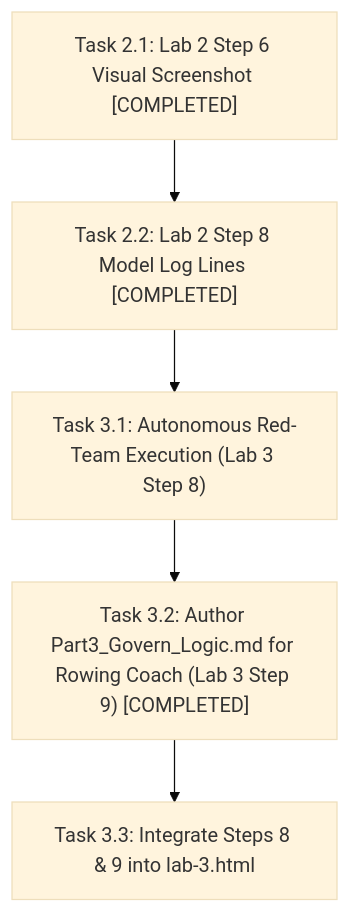
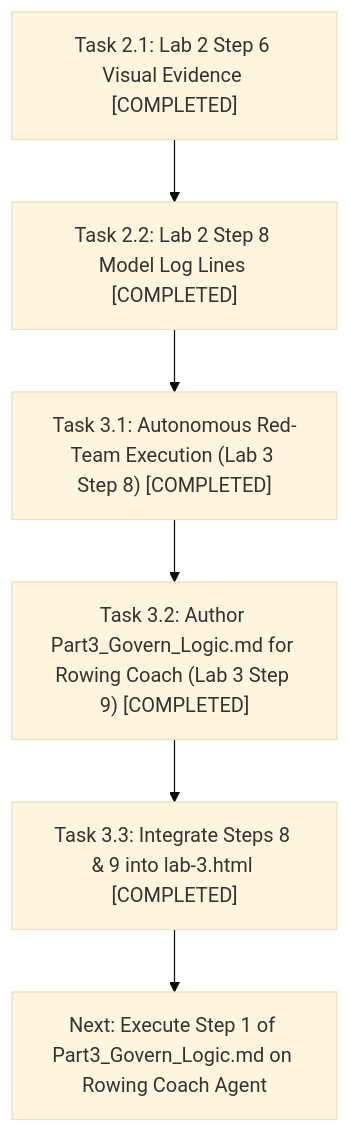
Before and after one commit to duncmon/ai-devcamp-labs: the diagram in PROGRESS.md, drawn with Mermaid (base theme). The commit also changed other lines of this file and 1 other file, not shown here.

Commit message:
docs(lab3): integrate Step 8 Red-Team scoresheet and Step 9 custom governance into lab-3.html and update PROGRESS.md to 100%

````diff
--- a/PROGRESS.md
+++ b/PROGRESS.md
@@ -160,7 +160,8 @@
 ```mermaid
 flowchart TD
-    T1["Task 2.1: Lab 2 Step 6 Visual Screenshot [COMPLETED]"] --> T2["Task 2.2: Lab 2 Step 8 Model Log Lines [COMPLETED]"]
-    T2 --> T3["Task 3.1: Autonomous Red-Team Execution (Lab 3 Step 8)"]
+    T1["Task 2.1: Lab 2 Step 6 Visual Evidence [COMPLETED]"] --> T2["Task 2.2: Lab 2 Step 8 Model Log Lines [COMPLETED]"]
+    T2 --> T3["Task 3.1: Autonomous Red-Team Execution (Lab 3 Step 8) [COMPLETED]"]
     T3 --> T4["Task 3.2: Author Part3_Govern_Logic.md for Rowing Coach (Lab 3 Step 9) [COMPLETED]"]
-    T4 --> T5["Task 3.3: Integrate Steps 8 & 9 into lab-3.html"]
+    T4 --> T5["Task 3.3: Integrate Steps 8 & 9 into lab-3.html [COMPLETED]"]
+    T5 --> T6["Next: Execute Step 1 of Part3_Govern_Logic.md on Rowing Coach Agent"]
 ```
````
